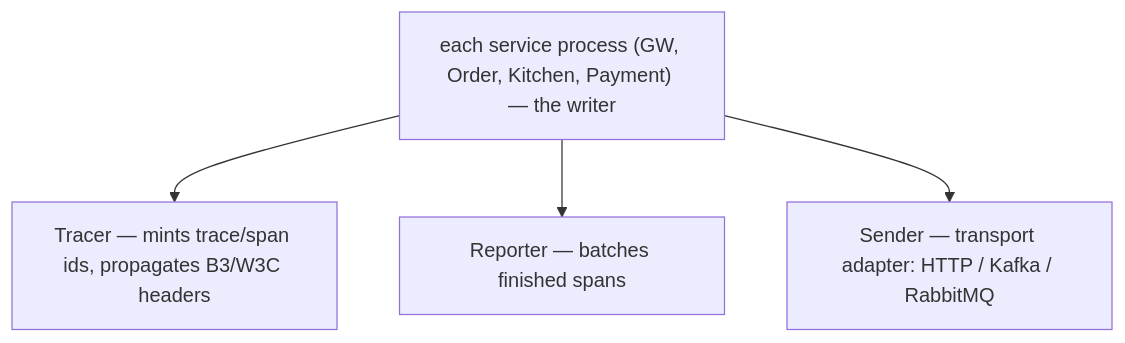
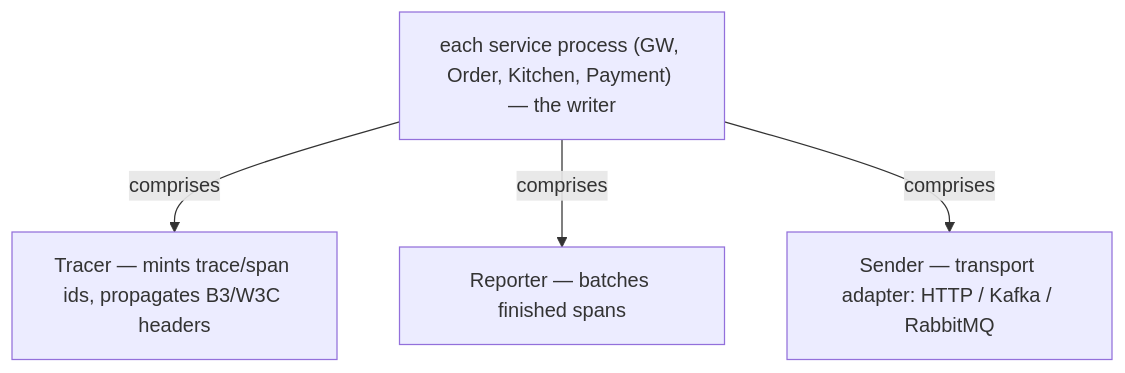
One commit to vinayakuber/microservices-io-study-guide changed the fifth of 14 diagrams in docs/ch33-distributed-tracing.md. Above: the diagram before and after it, drawn with Mermaid. The commit also changed other lines of this file and 71 other files, not shown here.

First line of the commit message:
R18: label every diagram arrow with its meaning

````diff
--- a/docs/ch33-distributed-tracing.md
+++ b/docs/ch33-distributed-tracing.md
@@ -245,7 +245,7 @@
 ```mermaid
 flowchart TD
   R["each service process (GW, Order, Kitchen, Payment) — the writer"]
-  R --> P0["Tracer — mints trace/span ids, propagates B3/W3C headers"]
-  R --> P1["Reporter — batches finished spans"]
-  R --> P2["Sender — transport adapter: HTTP / Kafka / RabbitMQ"]
+  R -->|"comprises"| P0["Tracer — mints trace/span ids, propagates B3/W3C headers"]
+  R -->|"comprises"| P1["Reporter — batches finished spans"]
+  R -->|"comprises"| P2["Sender — transport adapter: HTTP / Kafka / RabbitMQ"]
 ```
````
